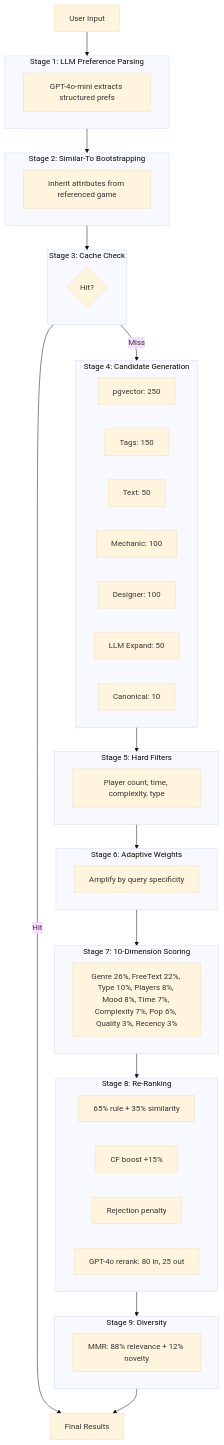
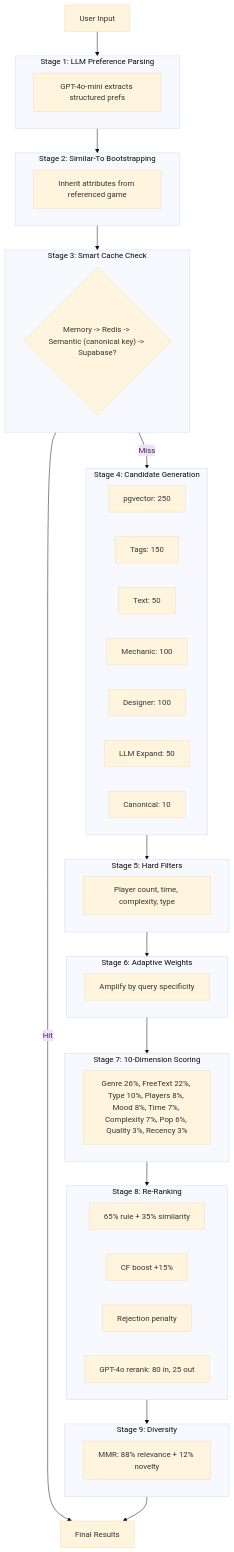
The fourth of 11 diagrams in docs/HACKMD-REVIEW.md (stopitdan/recommendagame), drawn with Mermaid (base theme) before and after one commit. The commit also changed other lines of this file and 11 other files, not shown here.

````diff
--- a/docs/HACKMD-REVIEW.md
+++ b/docs/HACKMD-REVIEW.md
@@ -219,56 +223,56 @@
 ```mermaid
 graph TD
     INPUT["User Input"]
 
     subgraph S1["Stage 1: LLM Preference Parsing"]
         PARSE["GPT-4o-mini extracts structured prefs"]
     end
 
     subgraph S2["Stage 2: Similar-To Bootstrapping"]
         FETCH["Inherit attributes from referenced game"]
     end
 
-    subgraph S3["Stage 3: Cache Check"]
-        HIT{Hit?}
+    subgraph S3["Stage 3: Smart Cache Check"]
+        HIT{"Memory -> Redis -> Semantic (canonical key) -> Supabase?"}
     end
 
     subgraph S4["Stage 4: Candidate Generation"]
         VEC["pgvector: 250"]
         TAG["Tags: 150"]
         TXT["Text: 50"]
         MECH["Mechanic: 100"]
         DES["Designer: 100"]
         EXP["LLM Expand: 50"]
         CAN["Canonical: 10"]
     end
 
     subgraph S5["Stage 5: Hard Filters"]
         FILT["Player count, time, complexity, type"]
     end
 
     subgraph S6["Stage 6: Adaptive Weights"]
         AW["Amplify by query specificity"]
     end
 
     subgraph S7["Stage 7: 10-Dimension Scoring"]
         SCORE["Genre 26%, FreeText 22%, Type 10%, Players 8%, Mood 8%, Time 7%, Complexity 7%, Pop 6%, Quality 3%, Recency 3%"]
     end
 
     subgraph S8["Stage 8: Re-Ranking"]
         SIM["65% rule + 35% similarity"]
         CF["CF boost +15%"]
         REJ["Rejection penalty"]
         LLM_RR["GPT-4o rerank: 80 in, 25 out"]
     end
 
     subgraph S9["Stage 9: Diversity"]
         DIV["MMR: 88% relevance + 12% novelty"]
     end
 
     OUTPUT["Final Results"]
 
     INPUT --> S1 --> S2 --> S3
     S3 -->|Miss| S4
     S3 -->|Hit| OUTPUT
     S4 --> S5 --> S6 --> S7 --> S8 --> S9 --> OUTPUT
 ```
````
